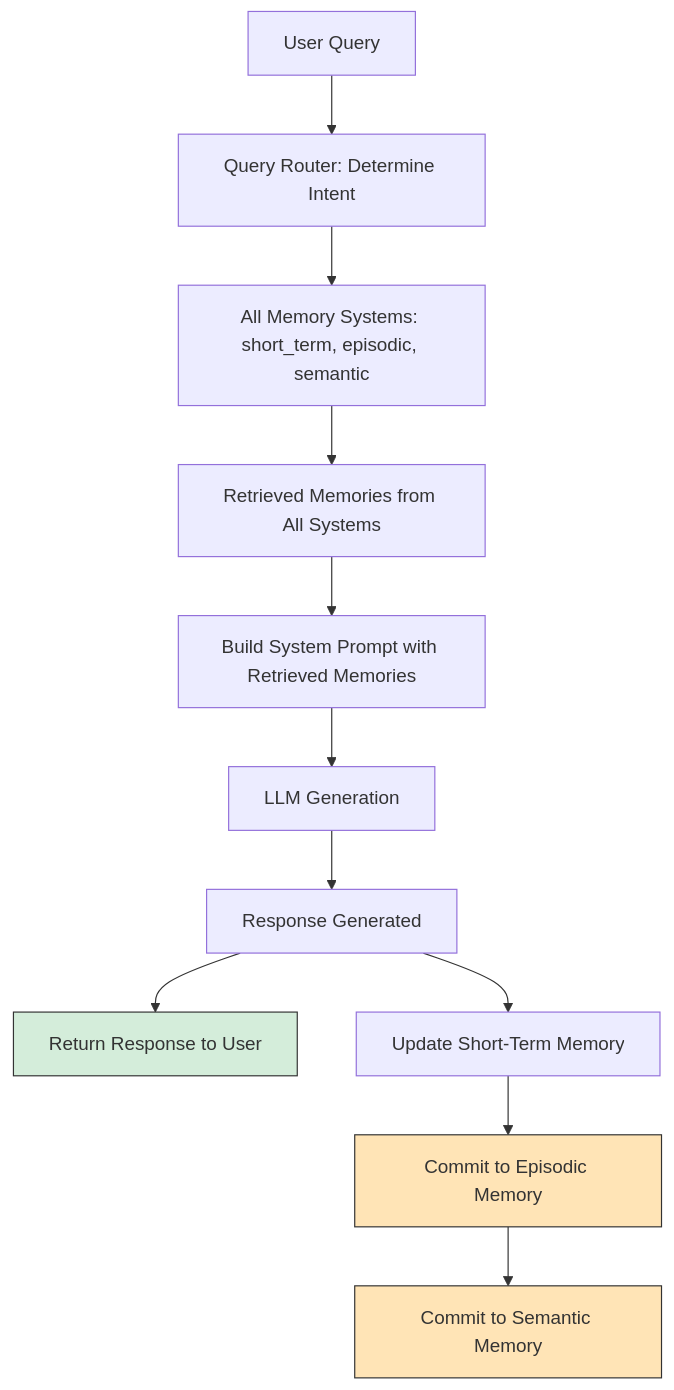
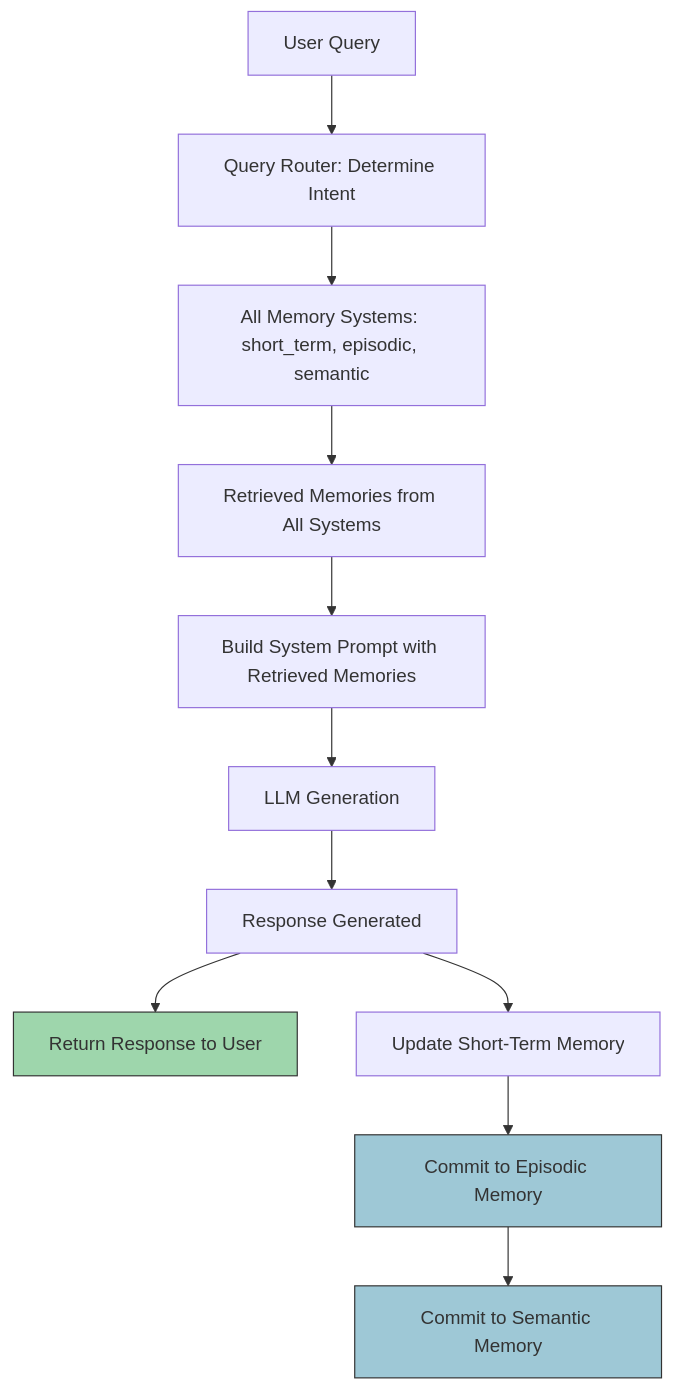
Before and after one commit to fullaware/pensive: the diagram in README.md, drawn with Mermaid.

Commit message:
Updated readme colors

````diff
--- a/README.md
+++ b/README.md
@@ -28,19 +28,19 @@
 ```mermaid
 flowchart TD
   userQuery[User Query] --> router[Query Router: Determine Intent]
   router --> allMemories[All Memory Systems: short_term, episodic, semantic]
 
   allMemories --> queryResults[Retrieved Memories from All Systems]
   queryResults --> systemPrompt[Build System Prompt with Retrieved Memories]
   systemPrompt --> llm[LLM Generation]
   llm --> response[Response Generated]
 
   response --> userReturn[Return Response to User]
   response --> shortTermMem[Update Short-Term Memory]
   shortTermMem --> commitEpisodic[Commit to Episodic Memory]
   commitEpisodic --> commitSemantic[Commit to Semantic Memory]
 
-  style userReturn fill:#d4edda,stroke:#333
-  style commitEpisodic fill:#ffe4b6,stroke:#333
-  style commitSemantic fill:#ffe4b6,stroke:#333
+  style userReturn fill:#9ed6ac,stroke:#333
+  style commitEpisodic fill:#9ec8d6,stroke:#333
+  style commitSemantic fill:#9ec8d6,stroke:#333
 ```
````
